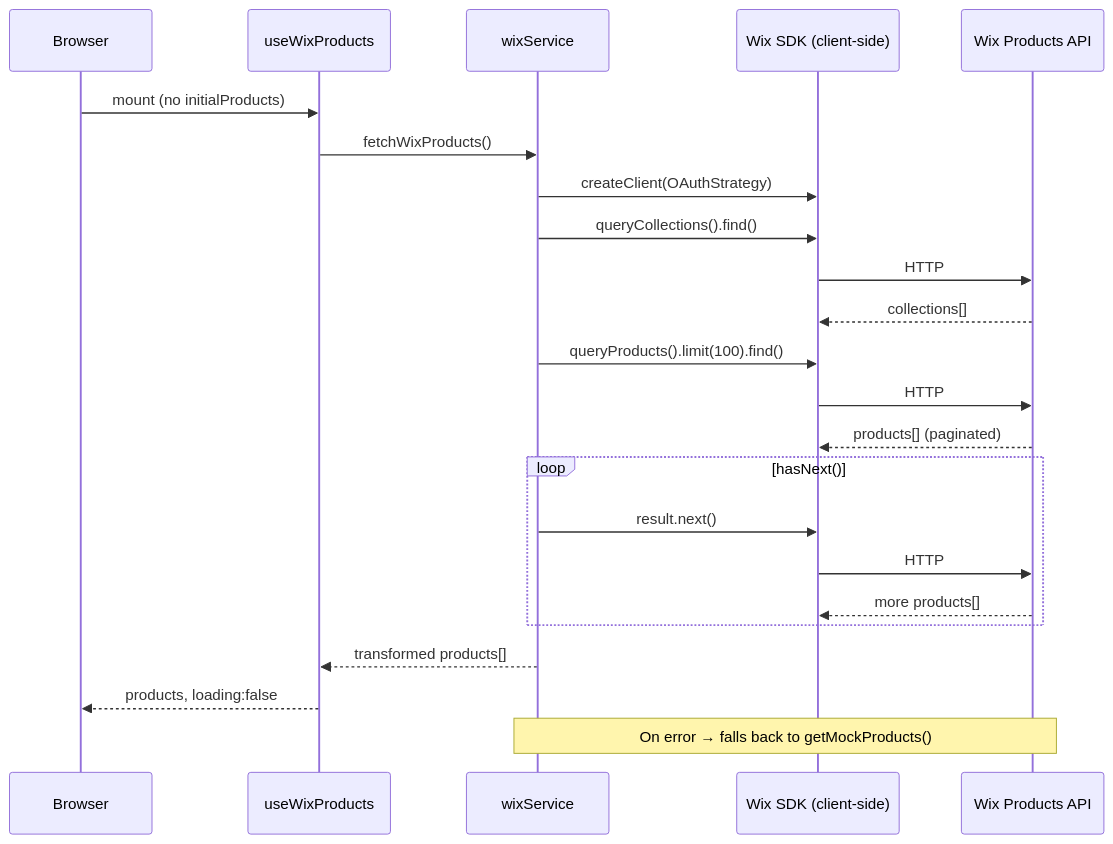
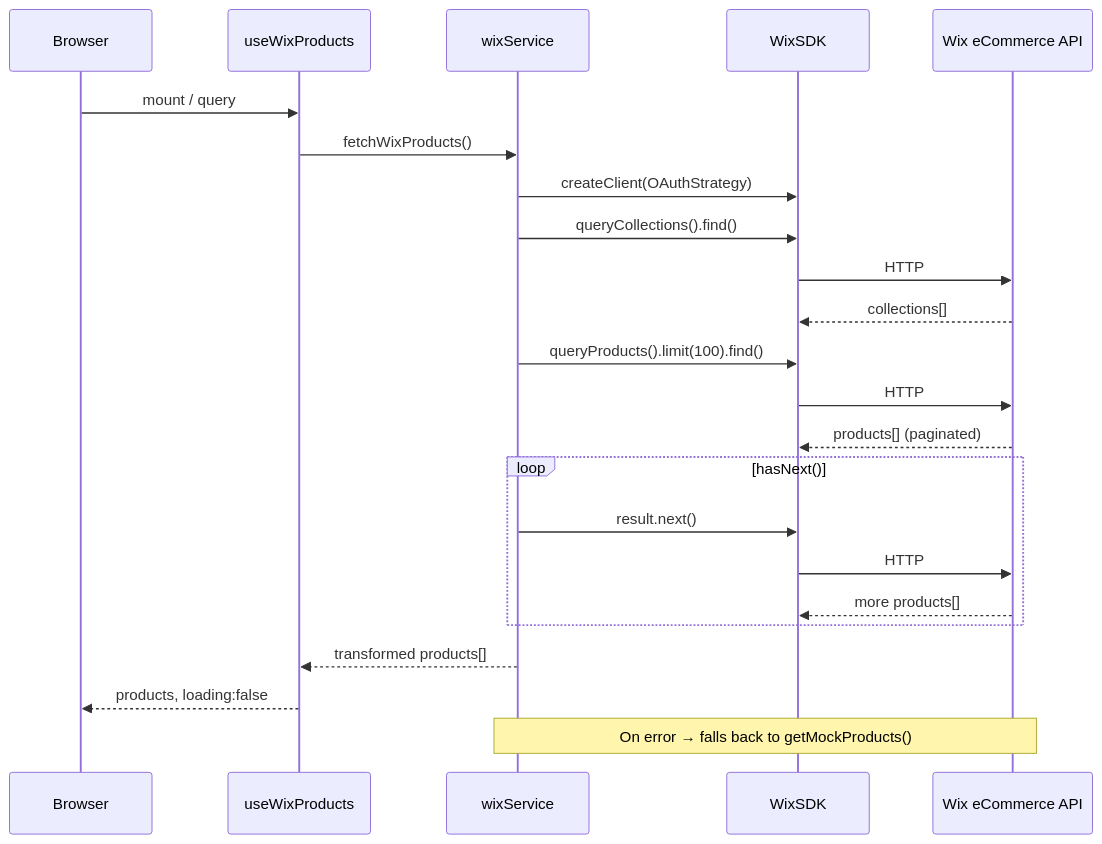
Before and after one commit to ricardoblackskye/WebFeedPOC: the fifth of 11 diagrams in ARCHITECTURE.md, drawn with Mermaid. The commit also changed other lines of this file and 11 other files, not shown here.

First line of the commit message:
feat(docs): render ARCHITECTURE.md with Mermaid.js charts at /architecture (#87) (#89)

````diff
--- a/ARCHITECTURE.md
+++ b/ARCHITECTURE.md
@@ -140,27 +146,27 @@
 ```mermaid
 sequenceDiagram
   participant Browser
   participant useWixProducts
   participant wixService
-  participant WixSDK as Wix SDK (client-side)
-  participant WixAPI as Wix Products API
+  participant WixSDK
+  participant WixAPI as Wix eCommerce API
 
-  Browser->>useWixProducts: mount (no initialProducts)
+  Browser->>useWixProducts: mount / query
   useWixProducts->>wixService: fetchWixProducts()
   wixService->>WixSDK: createClient(OAuthStrategy)
   wixService->>WixSDK: queryCollections().find()
   WixSDK->>WixAPI: HTTP
   WixAPI-->>WixSDK: collections[]
   wixService->>WixSDK: queryProducts().limit(100).find()
   WixSDK->>WixAPI: HTTP
   WixAPI-->>WixSDK: products[] (paginated)
   loop hasNext()
     wixService->>WixSDK: result.next()
     WixSDK->>WixAPI: HTTP
     WixAPI-->>WixSDK: more products[]
   end
   wixService-->>useWixProducts: transformed products[]
   useWixProducts-->>Browser: products, loading:false
 
   note over wixService,WixAPI: On error → falls back to getMockProducts()
 ```
````
